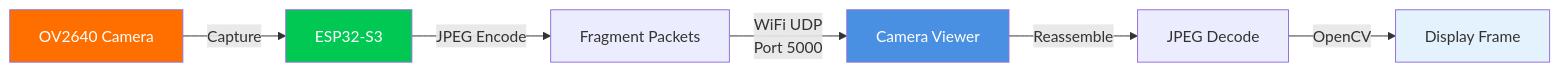
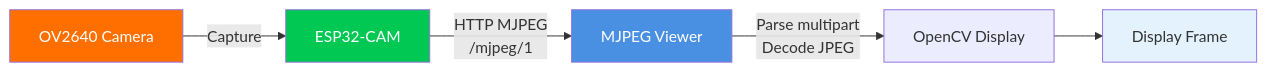
One commit to Yaniv23/final-project-gesture-car changed the fourth of 4 diagrams in pc_side/README.md. Above: the diagram before and after it, drawn with Mermaid. The commit also changed other lines of this file and 20 other files, not shown here.

````diff
--- a/pc_side/README.md
+++ b/pc_side/README.md
@@ -181,13 +183,12 @@
 ```mermaid
 flowchart LR
-    A[OV2640 Camera] -->|Capture| B[ESP32-S3]
-    B -->|JPEG Encode| C[Fragment Packets]
-    C -->|WiFi UDP<br/>Port 5000| D[Camera Viewer]
-    D -->|Reassemble| E[JPEG Decode]
-    E -->|OpenCV| F[Display Frame]
+    A[OV2640 Camera] -->|Capture| B[ESP32-CAM]
+    B -->|HTTP MJPEG<br/>/mjpeg/1| D[MJPEG Viewer]
+    D -->|Parse multipart<br/>Decode JPEG| E[OpenCV Display]
+    E --> F[Display Frame]
     
     style A fill:#FF6F00,color:#fff
     style B fill:#00C853,color:#fff
     style D fill:#4A90E2,color:#fff
     style F fill:#E3F2FD
 ```
````
